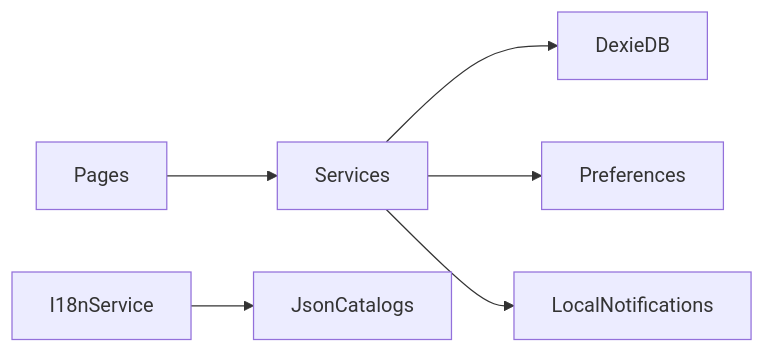
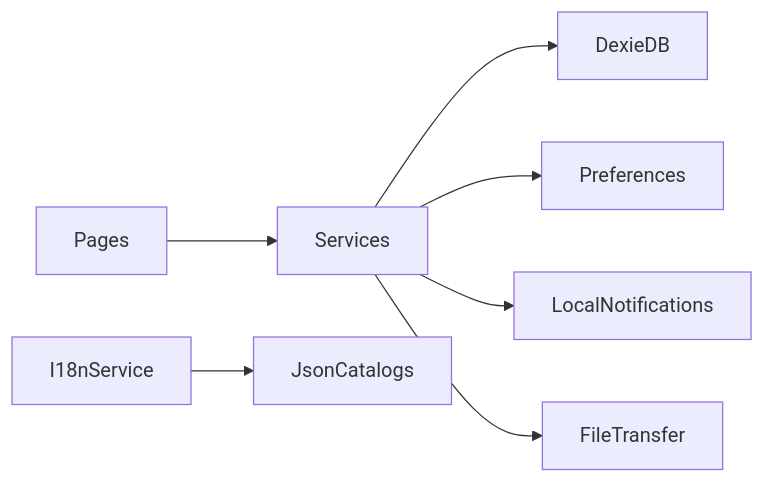
The diagram in docs/architecture.md (dimitrivalax/ok-note), drawn with Mermaid before and after one commit. The commit also changed other lines of this file and 19 other files, not shown here.

````diff
--- a/docs/architecture.md
+++ b/docs/architecture.md
@@ -7,8 +7,9 @@
 ```mermaid
 flowchart LR
   Pages --> Services
   Services --> DexieDB
   Services --> Preferences
   Services --> LocalNotifications
+  Services --> FileTransfer
   I18nService --> JsonCatalogs
 ```
````
